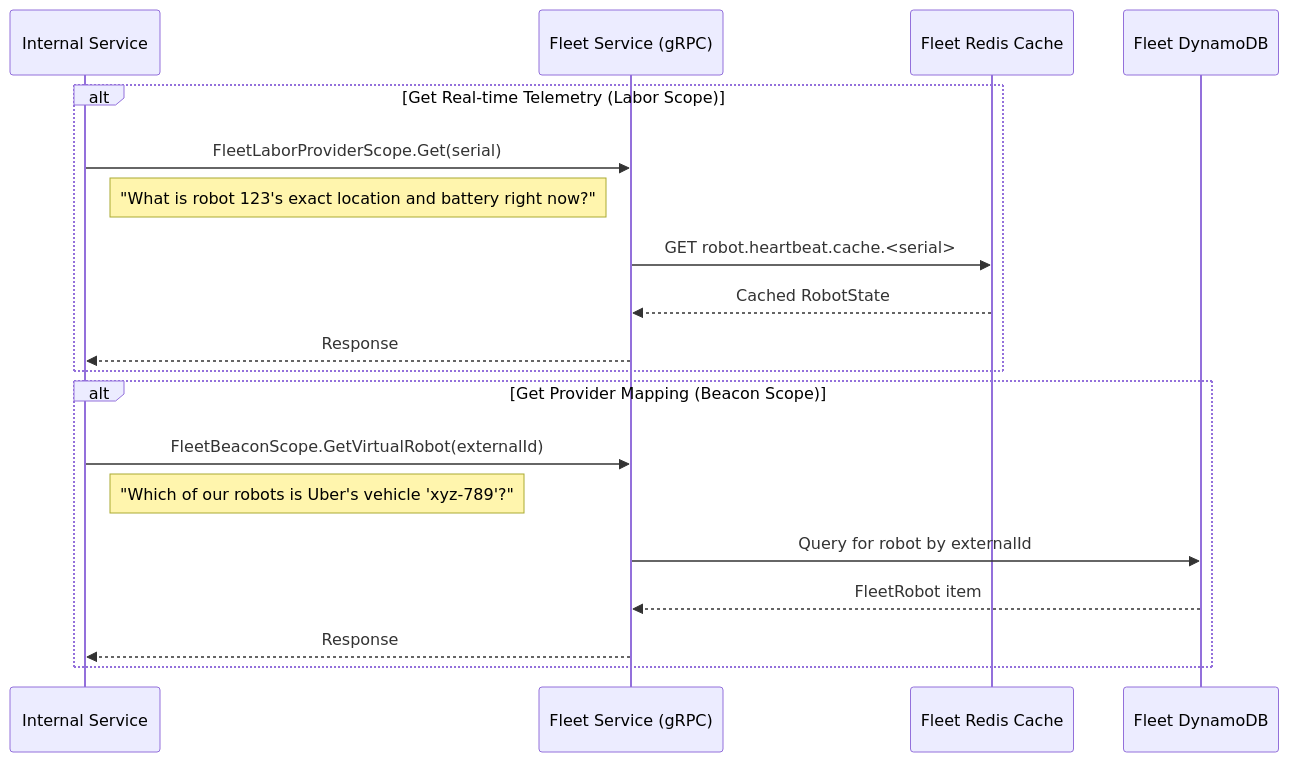
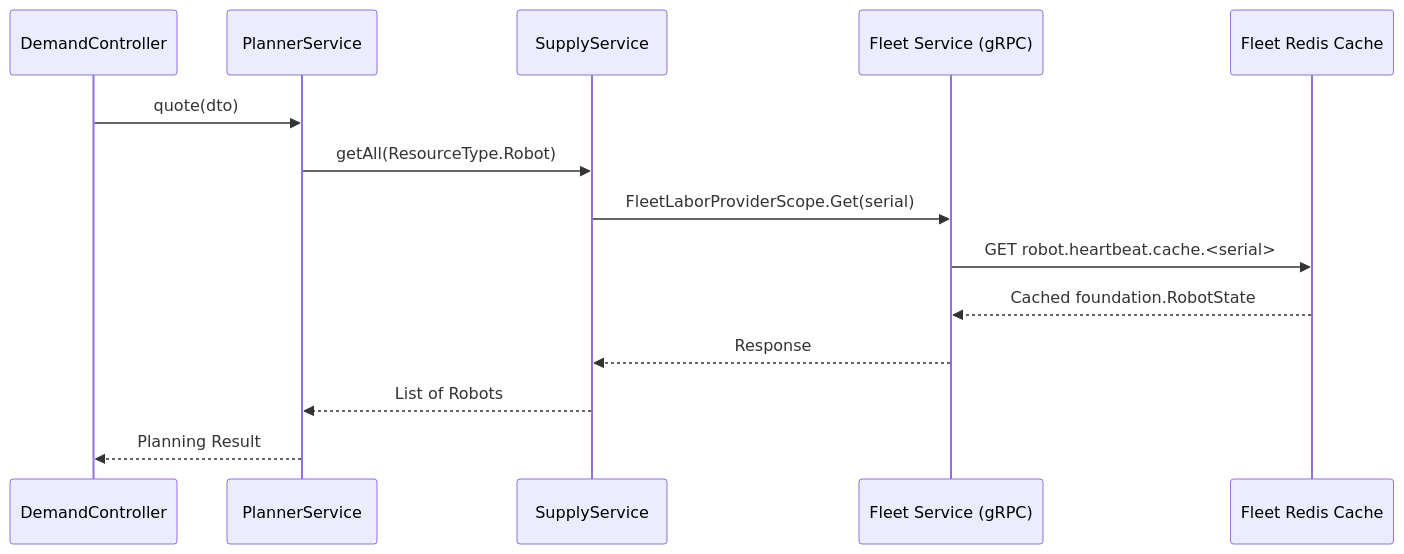
One commit to jeremieshaker-coco/obsidian changed diagram 13 of 17 in research/DEVICE_API_RESEARCH_NOTES.md. Above: the diagram before and after it, drawn with Mermaid. The commit also changed other lines of this file and 19 other files, not shown here.

````diff
--- a/research/DEVICE_API_RESEARCH_NOTES.md
+++ b/research/DEVICE_API_RESEARCH_NOTES.md
@@ -596,24 +641,17 @@
 ```mermaid
 sequenceDiagram
-    participant Consumer as Internal Service
+    participant Controller as DemandController
+    participant Planner as PlannerService
+    participant Supply as SupplyService
     participant Fleet as Fleet Service (gRPC)
     participant Redis as Fleet Redis Cache
-    participant Dynamo as Fleet DynamoDB
 
-    alt Get Real-time Telemetry (Labor Scope)
-        Consumer->>Fleet: FleetLaborProviderScope.Get(serial)
-        Note right of Consumer: "What is robot 123's exact location and battery right now?"
-        Fleet->>Redis: GET robot.heartbeat.cache.<serial>
-        Redis-->>Fleet: Cached RobotState
-        Fleet-->>Consumer: Response
-    end
-
-    alt Get Provider Mapping (Beacon Scope)
-        Consumer->>Fleet: FleetBeaconScope.GetVirtualRobot(externalId)
-        Note right of Consumer: "Which of our robots is Uber's vehicle 'xyz-789'?"
-        Fleet->>Dynamo: Query for robot by externalId
-        Dynamo-->>Fleet: FleetRobot item
-        Fleet-->>Consumer: Response
-    end
-
+    Controller->>Planner: quote(dto)
+    Planner->>Supply: getAll(ResourceType.Robot)
+    Supply->>Fleet: FleetLaborProviderScope.Get(serial)
+    Fleet->>Redis: GET robot.heartbeat.cache.<serial>
+    Redis-->>Fleet: Cached foundation.RobotState
+    Fleet-->>Supply: Response
+    Supply-->>Planner: List of Robots
+    Planner-->>Controller: Planning Result
 ```
````
